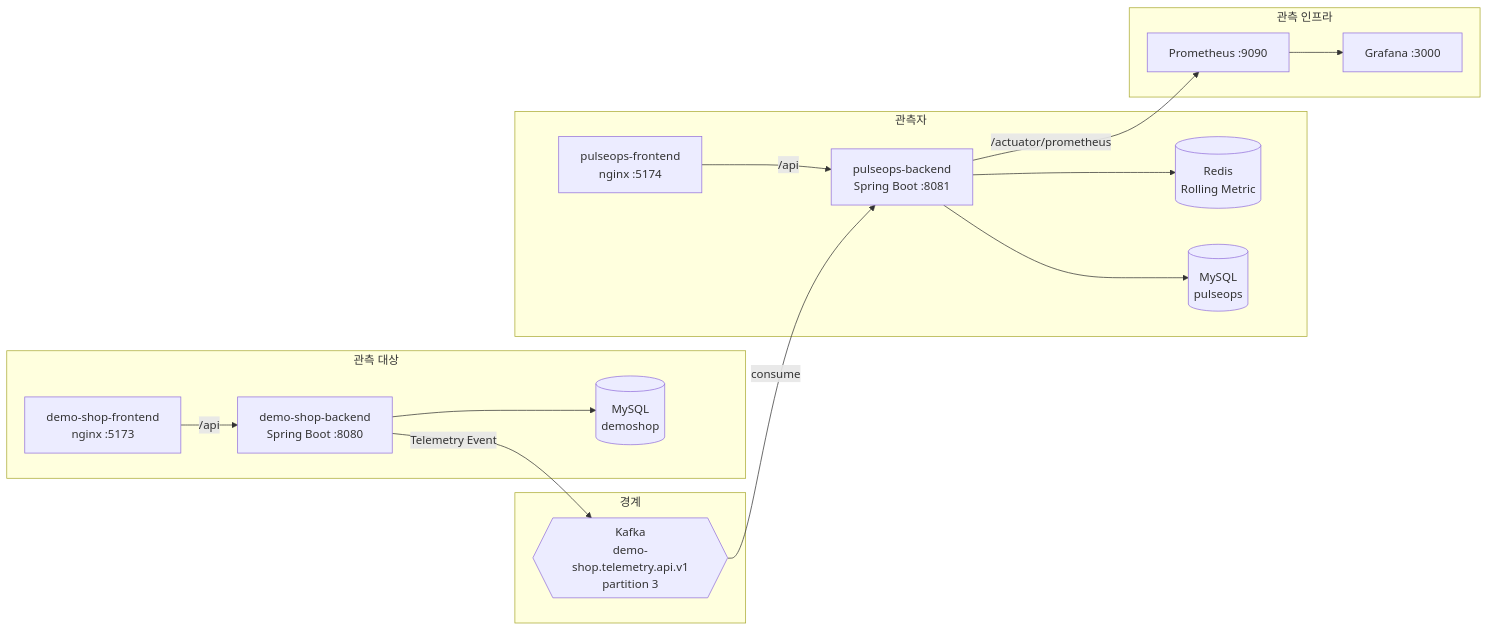
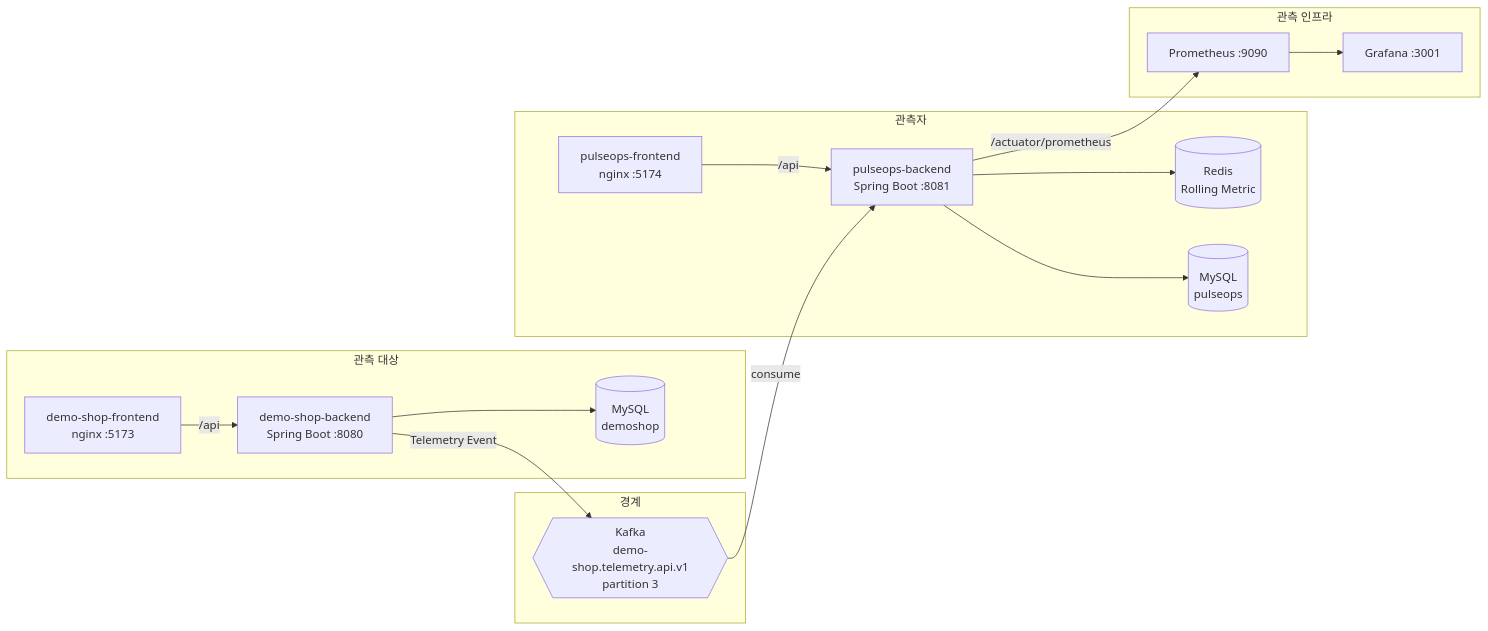
The first of 12 diagrams in docs/architecture.md (shimjeongho/pulseops), drawn with Mermaid before and after one commit. The commit also changed 6 other files, not shown here.

````diff
--- a/docs/architecture.md
+++ b/docs/architecture.md
@@ -8,34 +8,34 @@
 ```mermaid
 flowchart LR
     subgraph observed["관측 대상"]
         DSF["demo-shop-frontend<br/>nginx :5173"]
         DSB["demo-shop-backend<br/>Spring Boot :8080"]
         DSDB[("MySQL<br/>demoshop")]
         DSF -->|/api| DSB
         DSB --> DSDB
     end
 
     subgraph broker["경계"]
         K{{"Kafka<br/>demo-shop.telemetry.api.v1<br/>partition 3"}}
     end
 
     subgraph observer["관측자"]
         POB["pulseops-backend<br/>Spring Boot :8081"]
         POF["pulseops-frontend<br/>nginx :5174"]
         R[("Redis<br/>Rolling Metric")]
         PODB[("MySQL<br/>pulseops")]
         POF -->|/api| POB
         POB --> R
         POB --> PODB
     end
 
     subgraph obs["관측 인프라"]
         PROM["Prometheus :9090"]
-        GRAF["Grafana :3000"]
+        GRAF["Grafana :3001"]
         PROM --> GRAF
     end
 
     DSB -->|Telemetry Event| K
     K -->|consume| POB
     POB -->|/actuator/prometheus| PROM
 ```
````
